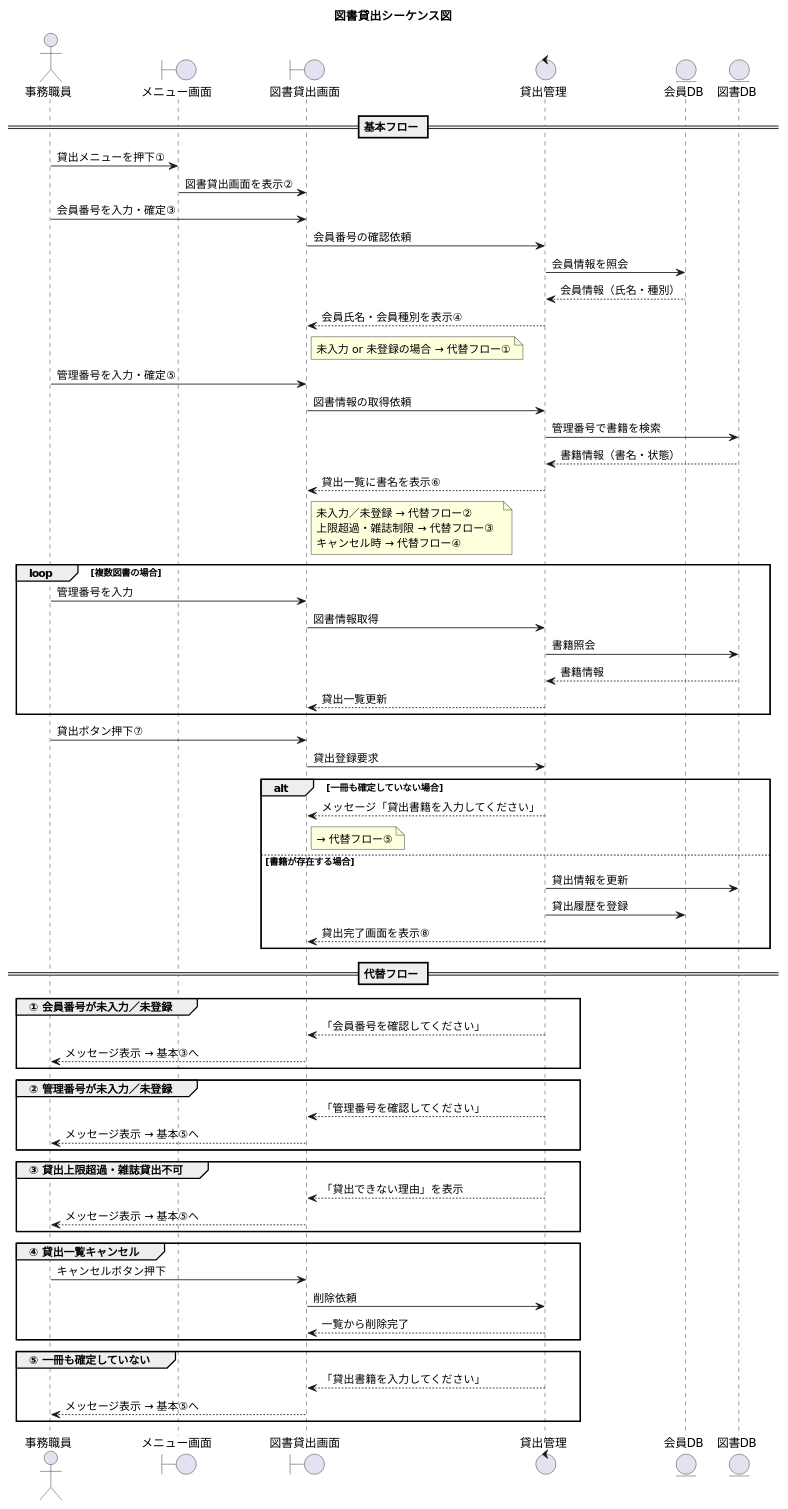
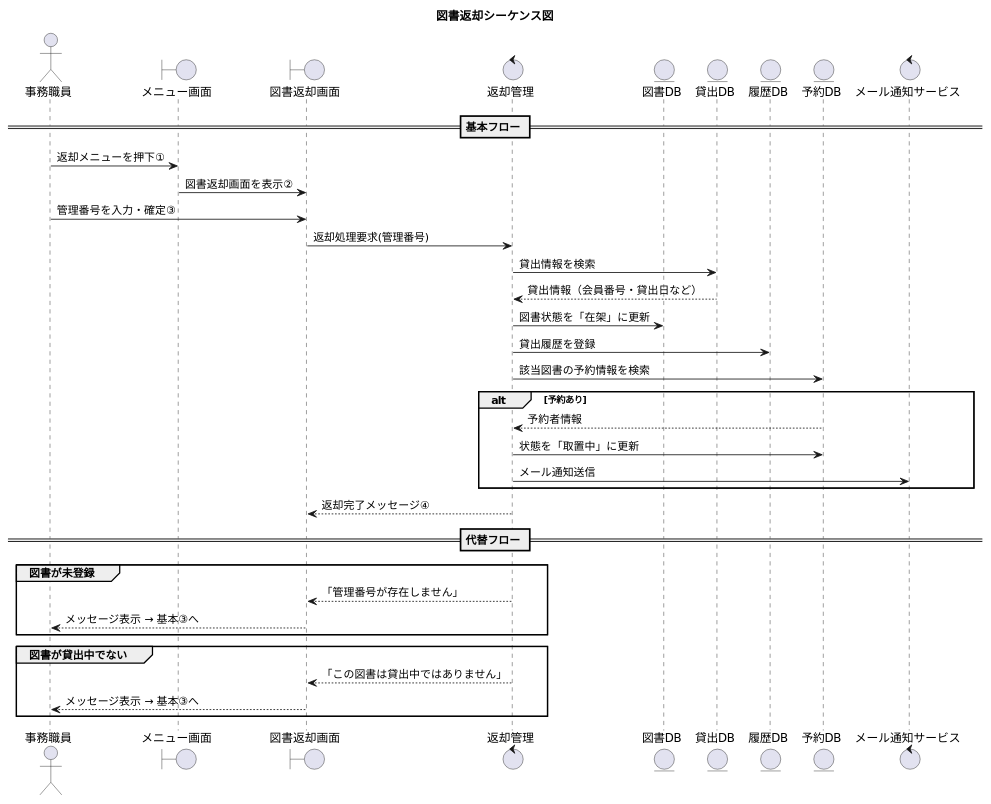
One commit to ghbuser12/ohara_uml changed the diagram in kouka2_library/sequence_02_lending.pu. Above: the diagram before and after it, drawn with PlantUML. The commit also changed 1 other file, not shown here.

```diff
--- a/kouka2_library/sequence_02_lending.pu
+++ b/kouka2_library/sequence_02_lending.pu
@@ -1,84 +1,46 @@
-@startuml 図書貸出シーケンス図
-title 図書貸出シーケンス図
+@startuml 図書返却シーケンス図
+title 図書返却シーケンス図
 
 actor 事務職員 as Staff
 boundary メニュー画面 as Menu
-boundary 図書貸出画面 as BorrowScreen
-control 貸出管理 as BorrowCtrl
-entity 会員DB as MemberDB
+boundary 図書返却画面 as ReturnScreen
+control 返却管理 as ReturnCtrl
 entity 図書DB as BookDB
+entity 貸出DB as LoanDB
+entity 履歴DB as HistoryDB
+entity 予約DB as ReserveDB
+control メール通知サービス as MailService
 
 == 基本フロー ==
 
-Staff -> Menu : 貸出メニューを押下①
-Menu -> BorrowScreen : 図書貸出画面を表示②
+Staff -> Menu : 返却メニューを押下①
+Menu -> ReturnScreen : 図書返却画面を表示②
 
-Staff -> BorrowScreen : 会員番号を入力・確定③
-BorrowScreen -> BorrowCtrl : 会員番号の確認依頼
-BorrowCtrl -> MemberDB : 会員情報を照会
-MemberDB --> BorrowCtrl : 会員情報（氏名・種別）
-BorrowCtrl --> BorrowScreen : 会員氏名・会員種別を表示④
-note right of BorrowScreen
-未入力 or 未登録の場合 → 代替フロー①
-end note
+Staff -> ReturnScreen : 管理番号を入力・確定③
+ReturnScreen -> ReturnCtrl : 返却処理要求(管理番号)
+ReturnCtrl -> LoanDB : 貸出情報を検索
+LoanDB --> ReturnCtrl : 貸出情報（会員番号・貸出日など）
 
-Staff -> BorrowScreen : 管理番号を入力・確定⑤
-BorrowScreen -> BorrowCtrl : 図書情報の取得依頼
-BorrowCtrl -> BookDB : 管理番号で書籍を検索
-BookDB --> BorrowCtrl : 書籍情報（書名・状態）
-BorrowCtrl --> BorrowScreen : 貸出一覧に書名を表示⑥
-note right of BorrowScreen
-未入力／未登録 → 代替フロー②  
-上限超過・雑誌制限 → 代替フロー③  
-キャンセル時 → 代替フロー④
-end note
-
-loop 複数図書の場合
-  Staff -> BorrowScreen : 管理番号を入力
-  BorrowScreen -> BorrowCtrl : 図書情報取得
-  BorrowCtrl -> BookDB : 書籍照会
-  BookDB --> BorrowCtrl : 書籍情報
-  BorrowCtrl --> BorrowScreen : 貸出一覧更新
+ReturnCtrl -> BookDB : 図書状態を「在架」に更新
+ReturnCtrl -> HistoryDB : 貸出履歴を登録
+ReturnCtrl -> ReserveDB : 該当図書の予約情報を検索
+alt 予約あり
+  ReserveDB --> ReturnCtrl : 予約者情報
+  ReturnCtrl -> ReserveDB : 状態を「取置中」に更新
+  ReturnCtrl -> MailService : メール通知送信
 end
 
-Staff -> BorrowScreen : 貸出ボタン押下⑦
-BorrowScreen -> BorrowCtrl : 貸出登録要求
-alt 一冊も確定していない場合
-  BorrowCtrl --> BorrowScreen : メッセージ「貸出書籍を入力してください」
-  note right of BorrowScreen
-  → 代替フロー⑤
-  end note
-else 書籍が存在する場合
-  BorrowCtrl -> BookDB : 貸出情報を更新
-  BorrowCtrl -> MemberDB : 貸出履歴を登録
-  BorrowCtrl --> BorrowScreen : 貸出完了画面を表示⑧
+ReturnCtrl --> ReturnScreen : 返却完了メッセージ④
+
+== 代替フロー ==
+group 図書が未登録
+  ReturnCtrl --> ReturnScreen : 「管理番号が存在しません」
+  ReturnScreen --> Staff : メッセージ表示 → 基本③へ
 end
 
-== 代替フロー ==
-group ① 会員番号が未入力／未登録
-  BorrowCtrl --> BorrowScreen : 「会員番号を確認してください」
-  BorrowScreen --> Staff : メッセージ表示 → 基本③へ
-end
-
-group ② 管理番号が未入力／未登録
-  BorrowCtrl --> BorrowScreen : 「管理番号を確認してください」
-  BorrowScreen --> Staff : メッセージ表示 → 基本⑤へ
-end
-
-group ③ 貸出上限超過・雑誌貸出不可
-  BorrowCtrl --> BorrowScreen : 「貸出できない理由」を表示
-  BorrowScreen --> Staff : メッセージ表示 → 基本⑤へ
-end
-
-group ④ 貸出一覧キャンセル
-  Staff -> BorrowScreen : キャンセルボタン押下
-  BorrowScreen -> BorrowCtrl : 削除依頼
-  BorrowCtrl --> BorrowScreen : 一覧から削除完了
-end
-
-group ⑤ 一冊も確定していない
-  BorrowCtrl --> BorrowScreen : 「貸出書籍を入力してください」
-  BorrowScreen --> Staff : メッセージ表示 → 基本⑤へ
+group 図書が貸出中でない
+  ReturnCtrl --> ReturnScreen : 「この図書は貸出中ではありません」
+  ReturnScreen --> Staff : メッセージ表示 → 基本③へ
 end
 
 @enduml
```
